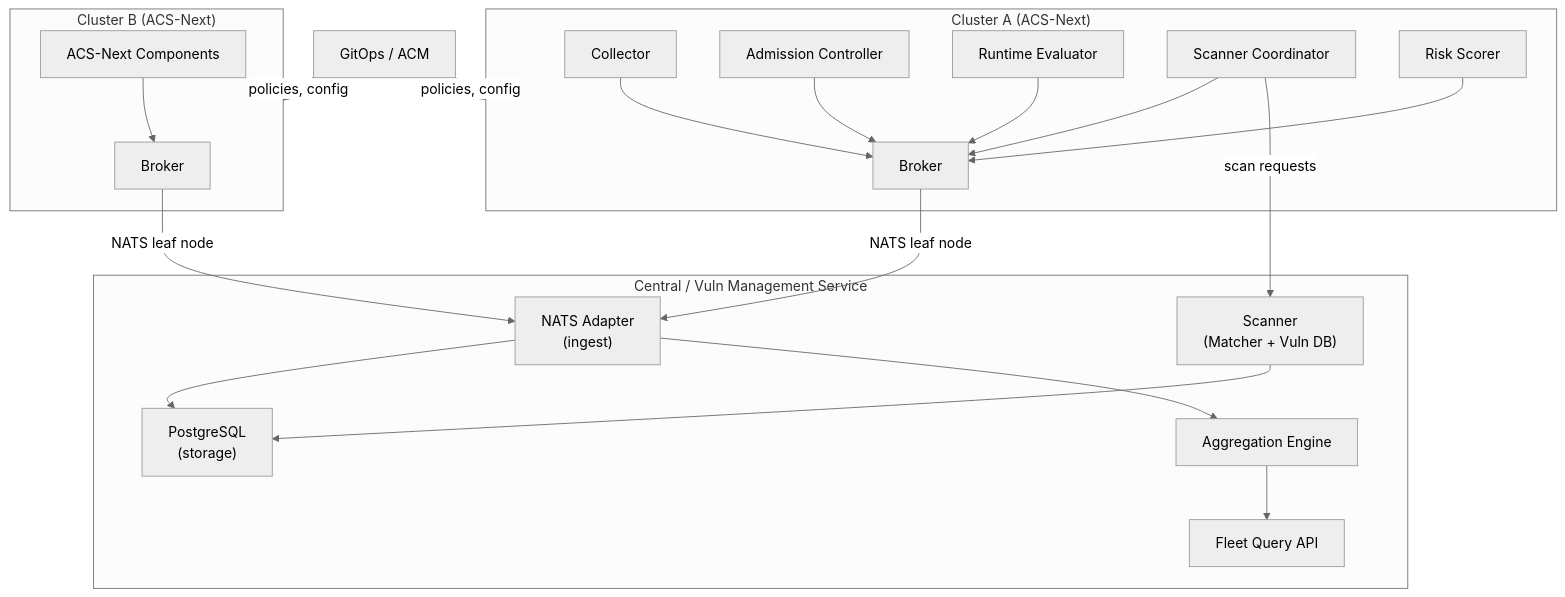
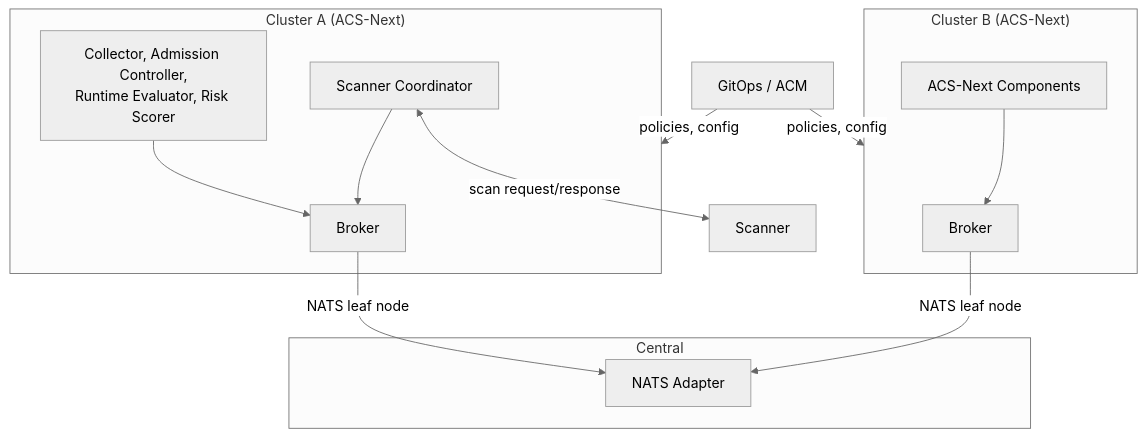
Before and after one commit to kylape/acs-next: the first of 10 diagrams in docs/architecture/central-integration.md, drawn with Mermaid (neutral theme). The commit also changed other lines of this file, not shown here.

Commit message:
Fix Central integration diagrams: Scanner outside Central
Keep Central high-level with just NATS Adapter inside.
Scanner shown as separate component outside Central.

````diff
--- a/docs/architecture/central-integration.md
+++ b/docs/architecture/central-integration.md
@@ -23,44 +23,31 @@
 ```mermaid
 graph TB
-    subgraph central["Central / Vuln Management Service"]
-        adapter["NATS Adapter<br/>(ingest)"]
-        scanner["Scanner<br/>(Matcher + Vuln DB)"]
-        storage["PostgreSQL<br/>(storage)"]
-        query["Fleet Query API"]
-        aggregation["Aggregation Engine"]
+    subgraph central["Central"]
+        adapter["NATS Adapter"]
+    end
 
-        adapter --> storage
-        adapter --> aggregation
-        scanner --> storage
-        aggregation --> query
-    end
+    scanner["Scanner"]
 
     subgraph clusterA["Cluster A (ACS-Next)"]
         brokerA["Broker"]
-        collectorA["Collector"]
-        admissionA["Admission Controller"]
-        runtimeA["Runtime Evaluator"]
+        componentsA["Collector, Admission Controller,<br/>Runtime Evaluator, Risk Scorer"]
         coordA["Scanner Coordinator"]
-        riskA["Risk Scorer"]
 
-        collectorA --> brokerA
-        admissionA --> brokerA
-        runtimeA --> brokerA
+        componentsA --> brokerA
         coordA --> brokerA
-        riskA --> brokerA
     end
 
     subgraph clusterB["Cluster B (ACS-Next)"]
         brokerB["Broker"]
         componentsB["ACS-Next Components"]
         componentsB --> brokerB
     end
 
     brokerA -->|NATS leaf node| adapter
     brokerB -->|NATS leaf node| adapter
-    coordA -->|scan requests| scanner
+    coordA <-->|scan request/response| scanner
 
     gitops["GitOps / ACM"]
     gitops -->|policies, config| clusterA
     gitops -->|policies, config| clusterB
 ```
````
